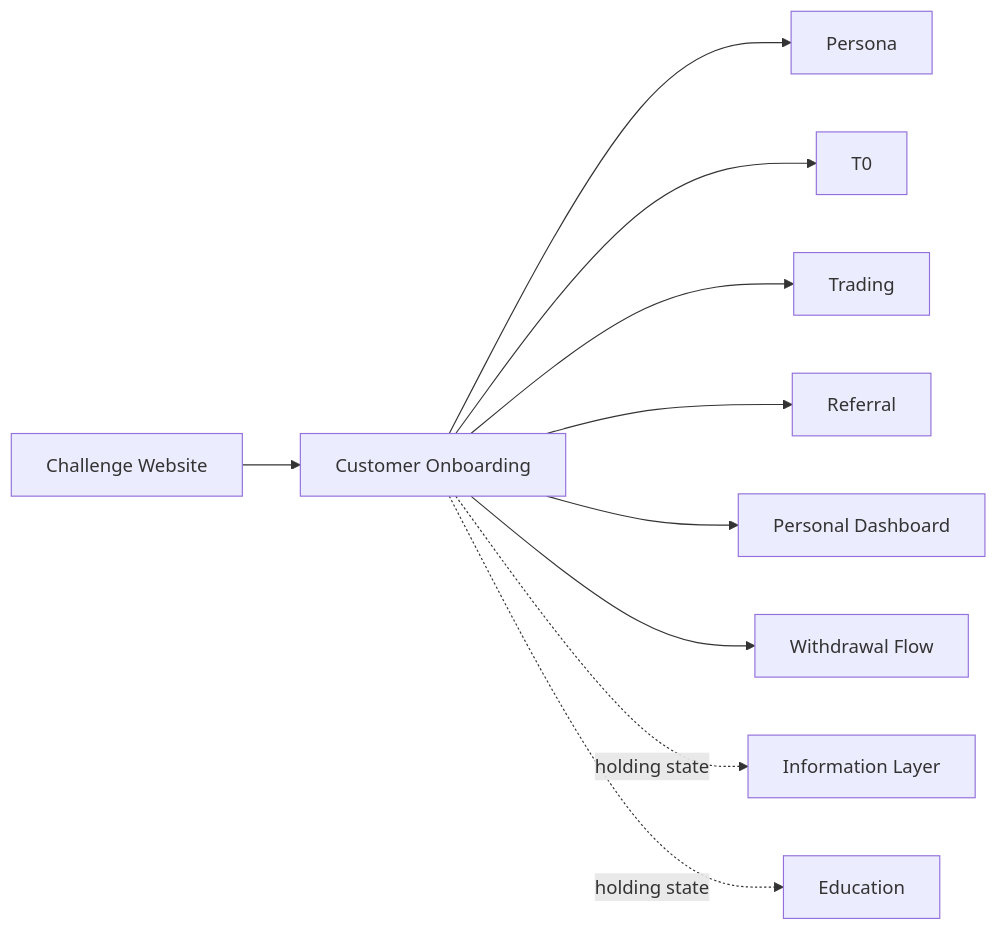
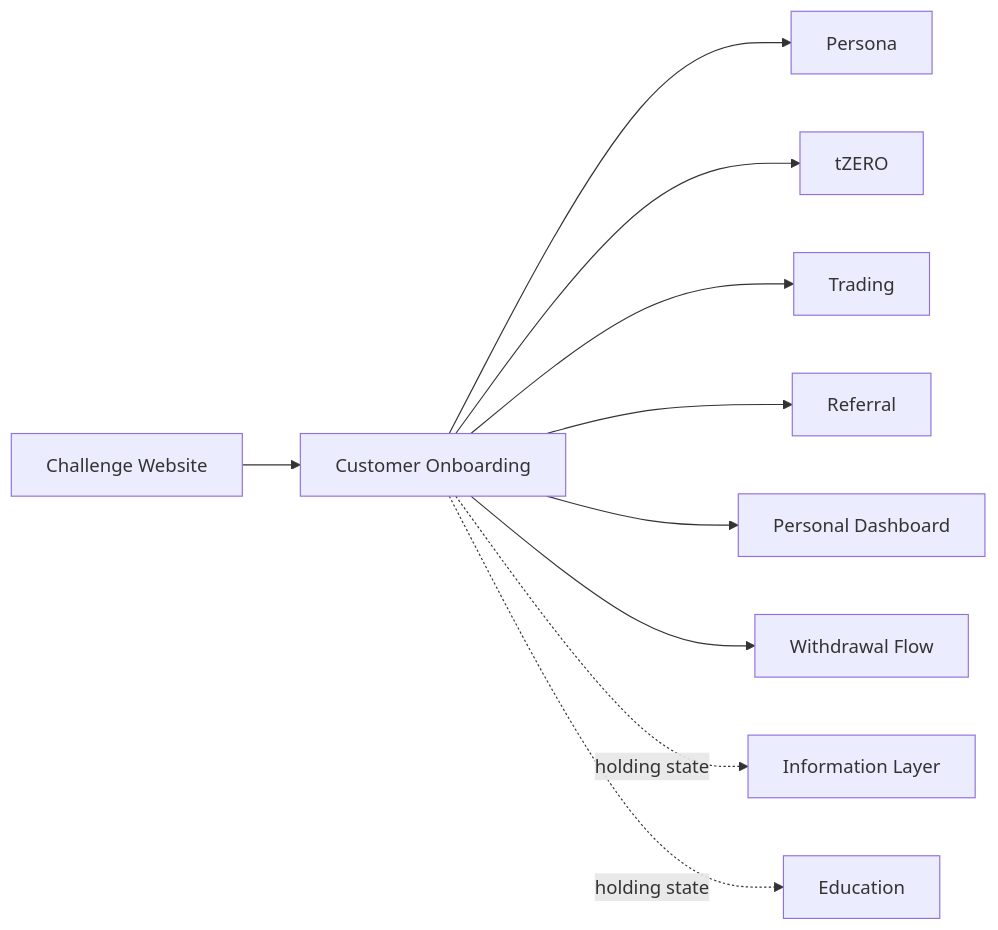
Before and after one commit to Novosapien/inplay-vault: the third of 3 diagrams in vault/components/customer-onboarding/customer-onboarding.md, drawn with Mermaid. The commit also changed other lines of this file and 94 other files, not shown here.

````diff
--- a/vault/components/customer-onboarding/customer-onboarding.md
+++ b/vault/components/customer-onboarding/customer-onboarding.md
@@ -255,12 +255,12 @@
 ```mermaid
 graph LR
     CW[Challenge Website] --> CO[Customer Onboarding]
     CO --> Persona
-    CO --> T0
+    CO --> tZERO
     CO --> Trading
     CO --> Referral
     CO --> Dashboard[Personal Dashboard]
     CO --> Withdrawal[Withdrawal Flow]
     CO -.holding state.-> Info[Information Layer]
     CO -.holding state.-> Edu[Education]
 ```
````
